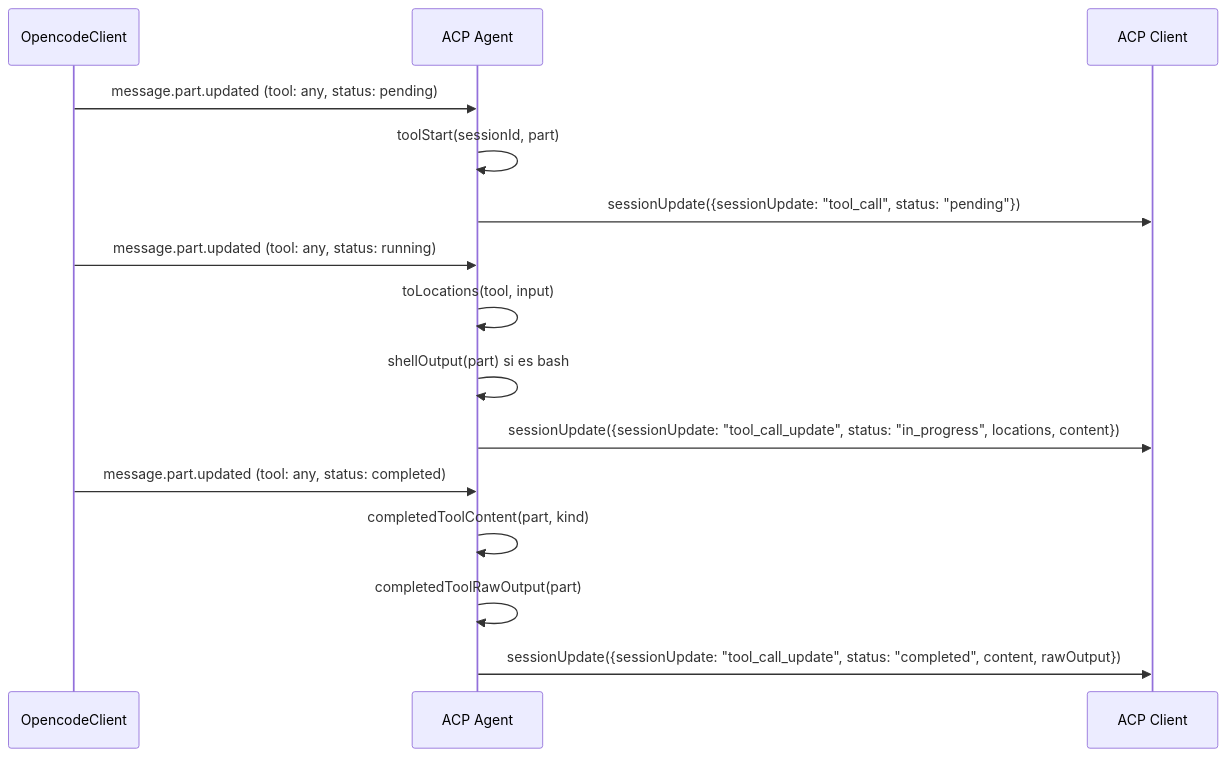
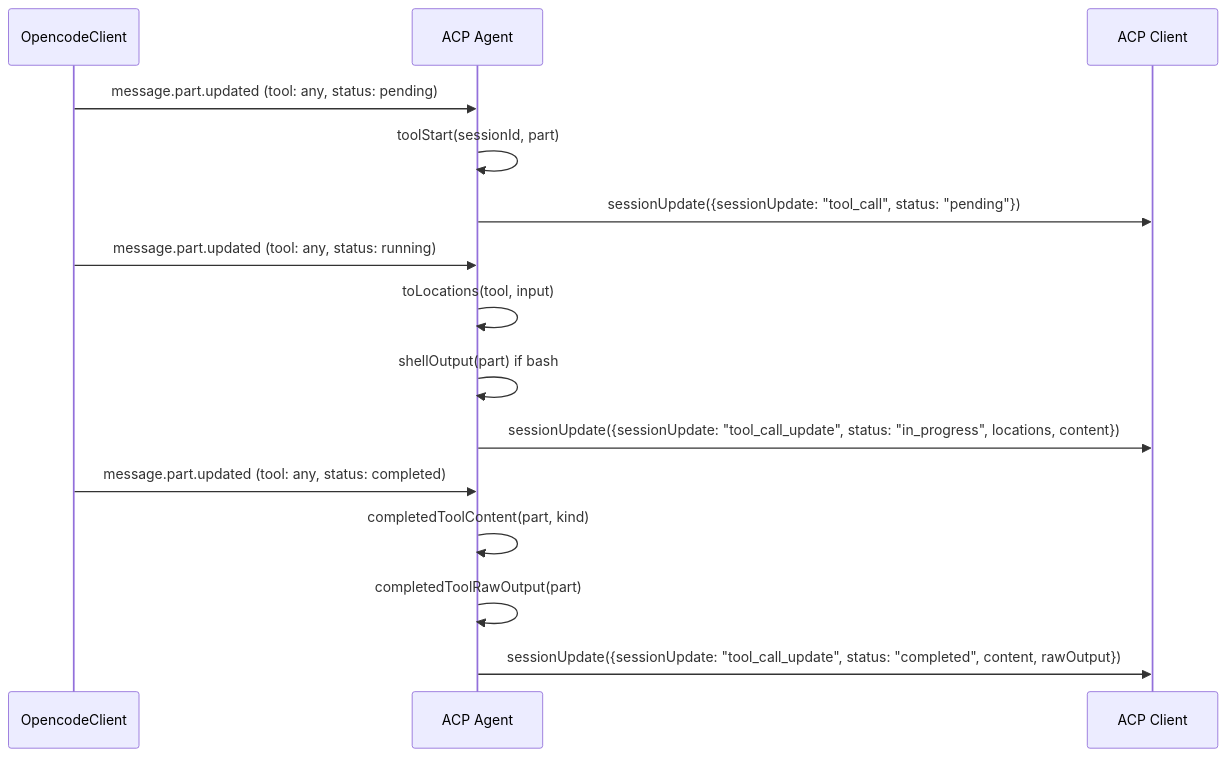
Before and after one commit to digiogithub/pando: the third of 3 diagrams in .kb/pando/research/acp-opencode-deepwiki.md, drawn with Mermaid. The commit also changed other lines of this file and 63 other files, not shown here.

````diff
--- a/.kb/pando/research/acp-opencode-deepwiki.md
+++ b/.kb/pando/research/acp-opencode-deepwiki.md
@@ -769,20 +769,20 @@
 ```mermaid
 sequenceDiagram
     participant SDK as OpencodeClient
     participant Agent as ACP Agent
     participant Client as ACP Client
 
     SDK->>Agent: message.part.updated (tool: any, status: pending)
     Agent->>Agent: toolStart(sessionId, part)
     Agent->>Client: sessionUpdate({sessionUpdate: "tool_call", status: "pending"})
     
     SDK->>Agent: message.part.updated (tool: any, status: running)
     Agent->>Agent: toLocations(tool, input)
-    Agent->>Agent: shellOutput(part) si es bash
+    Agent->>Agent: shellOutput(part) if bash
     Agent->>Client: sessionUpdate({sessionUpdate: "tool_call_update", status: "in_progress", locations, content})
     
     SDK->>Agent: message.part.updated (tool: any, status: completed)
     Agent->>Agent: completedToolContent(part, kind)
     Agent->>Agent: completedToolRawOutput(part)
     Agent->>Client: sessionUpdate({sessionUpdate: "tool_call_update", status: "completed", content, rawOutput})
 ```
````
